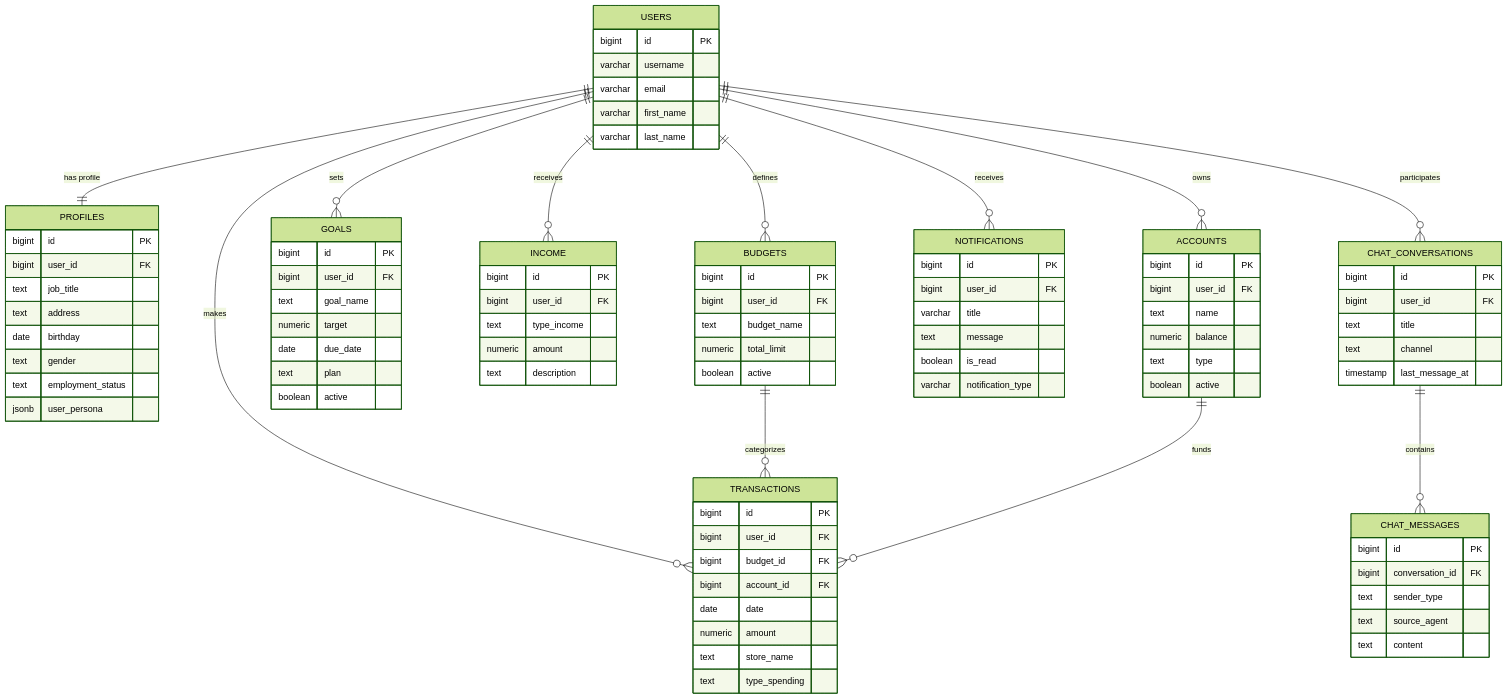
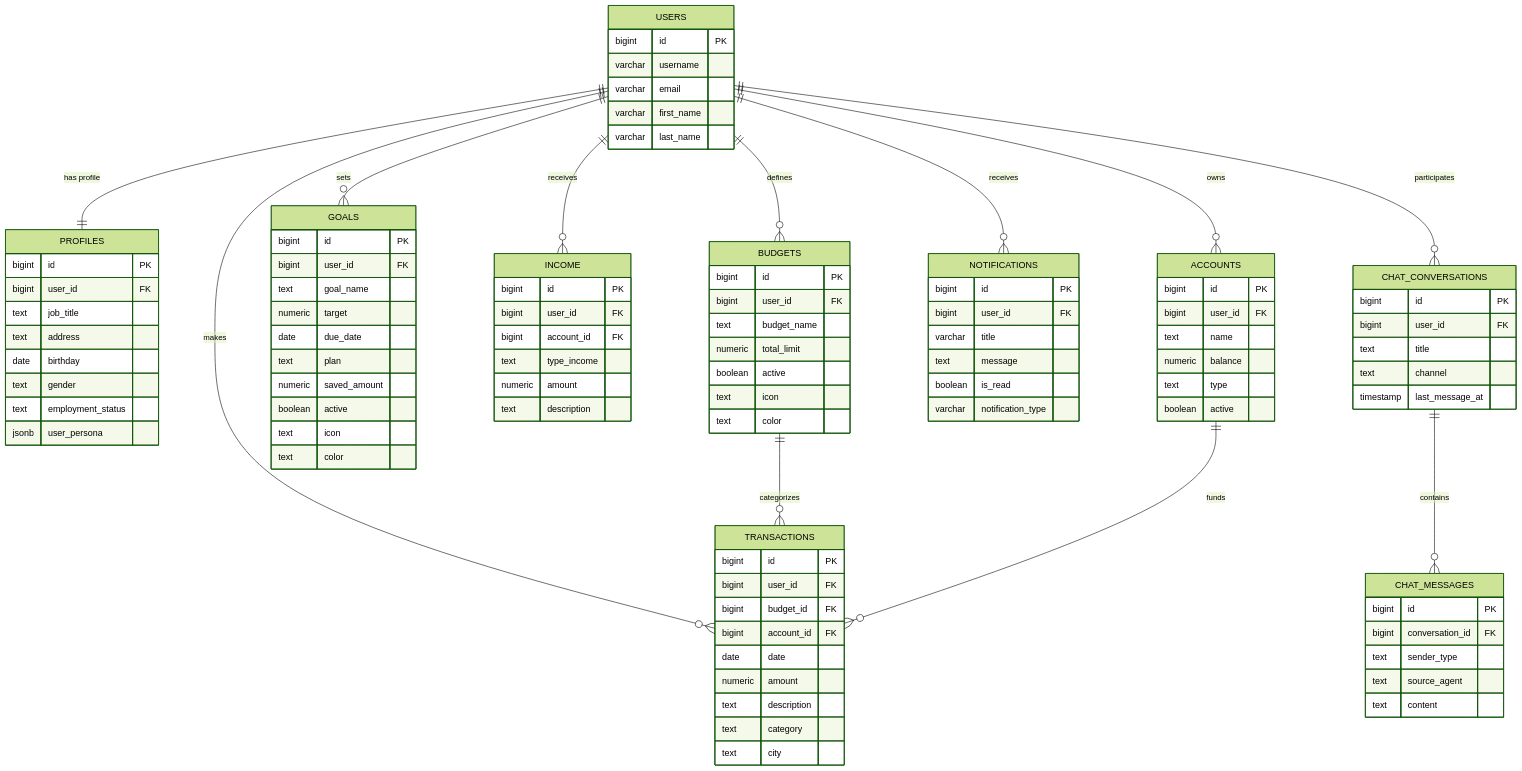
One commit to Apo-Eclipse/Grad changed the fourth of 4 diagrams in README.md. Above: the diagram before and after it, drawn with Mermaid (forest theme). The commit also changed 1 other file, not shown here.

Commit message:
Docs: Database schema and readme update

```diff
--- a/README.md
+++ b/README.md
@@ -225,6 +225,8 @@
         text budget_name
         numeric total_limit
         boolean active
+        text icon
+        text color
     }
     GOALS {
         bigint id PK
@@ -233,11 +235,15 @@
         numeric target
         date due_date
         text plan
+        numeric saved_amount
         boolean active
+        text icon
+        text color
     }
     INCOME {
         bigint id PK
         bigint user_id FK
+        bigint account_id FK
         text type_income
         numeric amount
         text description
@@ -249,8 +255,9 @@
         bigint account_id FK
         date date
         numeric amount
-        text store_name
-        text type_spending
+        text description
+        text category
+        text city
     }
     ACCOUNTS {
         bigint id PK
```
